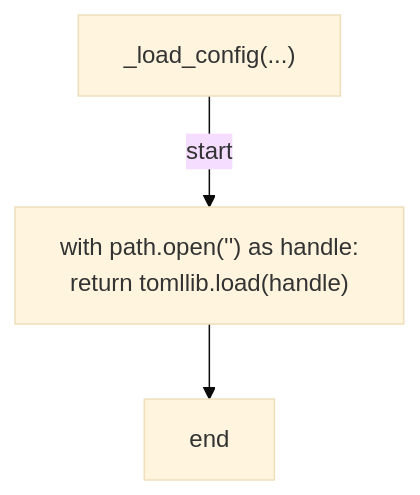
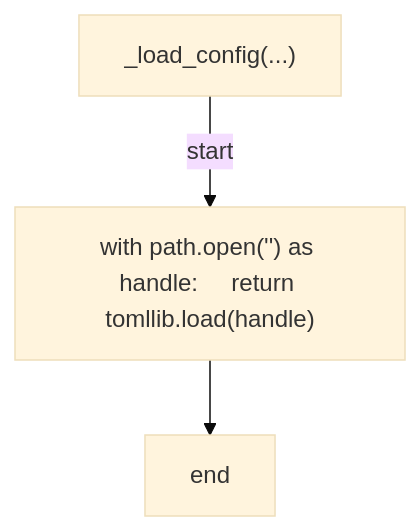
The second of 3 diagrams in docs/generated/scripts/ast/verify_security_control_floor.md (tvna/claude-md), drawn with Mermaid (base theme) before and after one commit. The commit also changed other lines of this file and 15 other files, not shown here.

First line of the commit message:
docs(generated): regenerate decision tree and workflow diagrams (batch 5/5)

````diff
--- a/docs/generated/scripts/ast/verify_security_control_floor.md
+++ b/docs/generated/scripts/ast/verify_security_control_floor.md
@@ -49,9 +38,8 @@
 ```mermaid
 flowchart TD
     N001["_load_config(...)"]
-    N002["with path.open('<str>') as handle:
-    return tomllib.load(handle)"]
+    N002["with path.open('<str>') as handle:     return tomllib.load(handle)"]
     N003["end"]
     N001 -->|"start"| N002
     N002 --> N003
 ```
````
